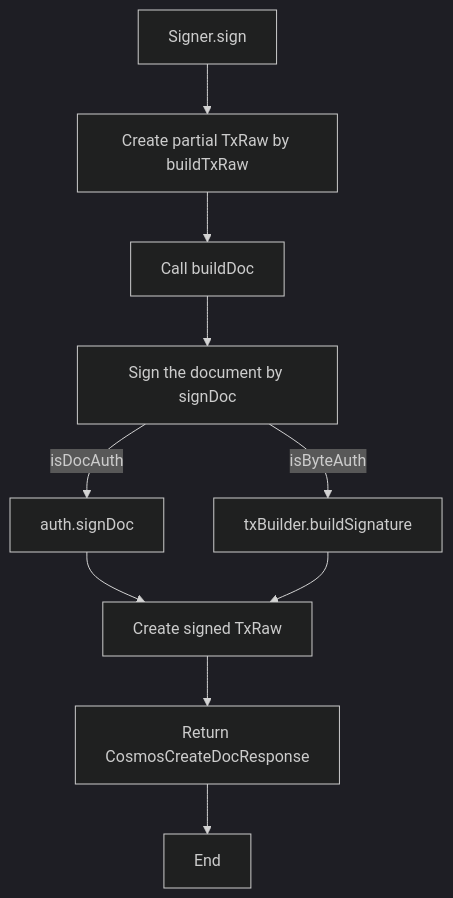
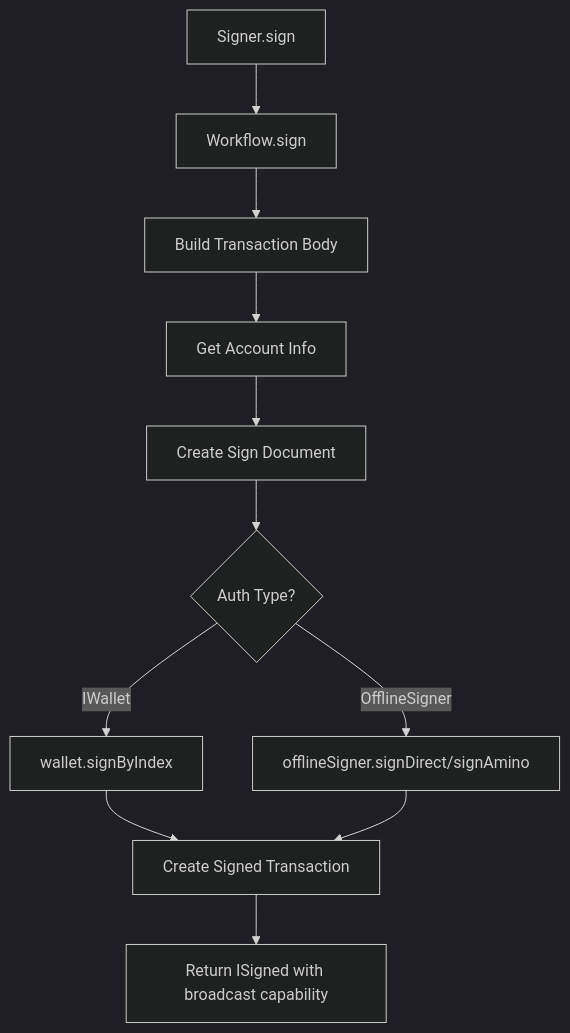
Before and after one commit to hyperweb-io/interchainjs: the second of 2 diagrams in docs/advanced/signer.md, drawn with Mermaid (dark theme). The commit also changed other lines of this file and 36 other files, not shown here.

````diff
--- a/docs/advanced/signer.md
+++ b/docs/advanced/signer.md
@@ -112,12 +74,13 @@
 ```mermaid
 graph TD
-    A[Signer.sign] --> B[Create partial TxRaw by buildTxRaw]
-    B --> C[Call buildDoc]
-    C --> E[Sign the document by signDoc]
-    E -- isDocAuth --> F[auth.signDoc]
-    E -- isByteAuth --> G[txBuilder.buildSignature]
-    F --> H[Create signed TxRaw]
-    G --> H[Create signed TxRaw]
-    H --> I[Return CosmosCreateDocResponse]
-    I --> J[End]
+    A[Signer.sign] --> B[Workflow.sign]
+    B --> C[Build Transaction Body]
+    C --> D[Get Account Info]
+    D --> E[Create Sign Document]
+    E --> F{Auth Type?}
+    F -->|IWallet| G[wallet.signByIndex]
+    F -->|OfflineSigner| H[offlineSigner.signDirect/signAmino]
+    G --> I[Create Signed Transaction]
+    H --> I[Create Signed Transaction]
+    I --> J[Return ISigned with broadcast capability]
 ```
````
